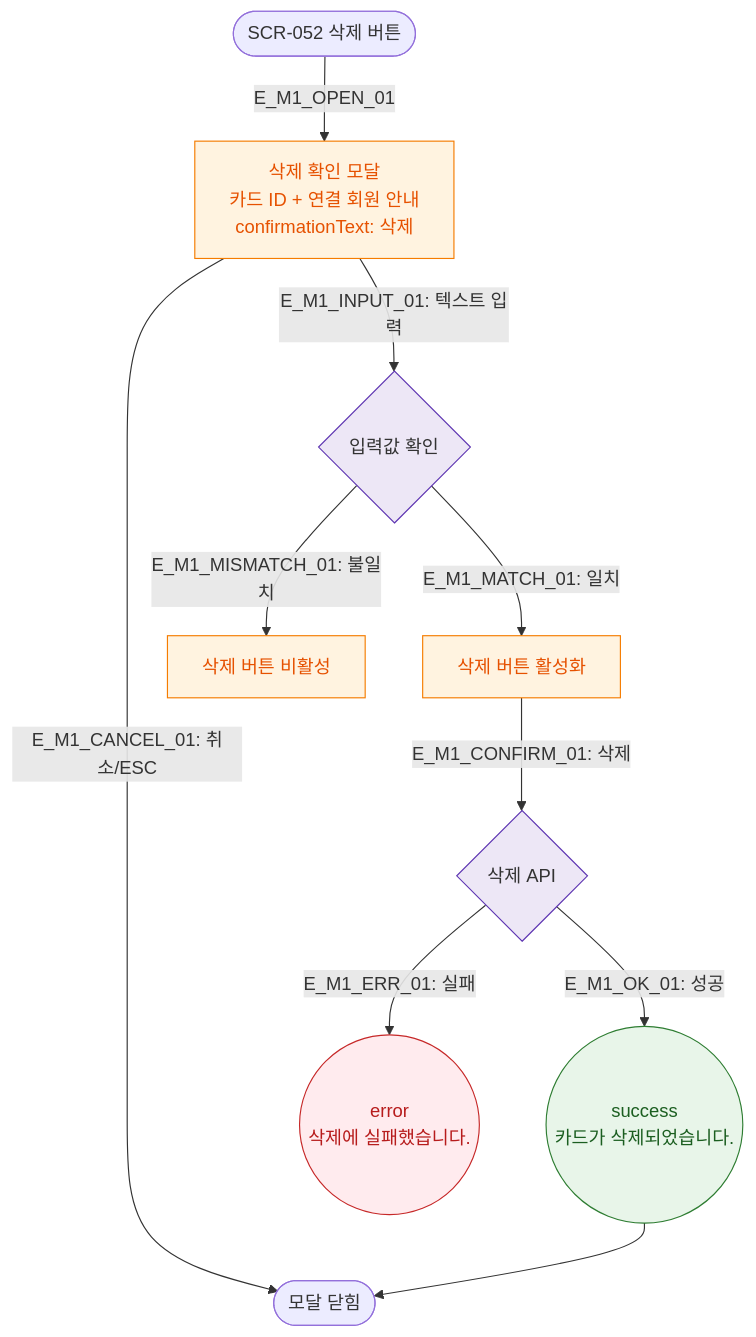
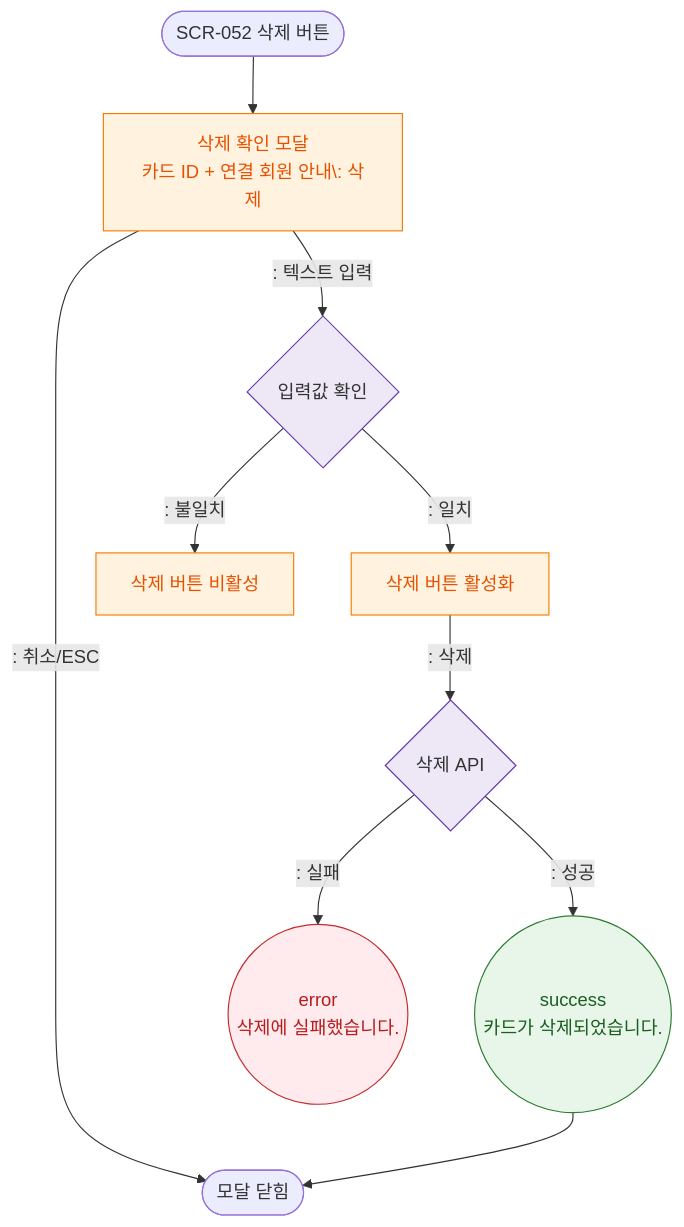
Before and after one commit to dev-spogym/admin-pando: the diagram in docs/다이어그램/D06_시설관리/DLG/DLG-052-003_RFID삭제확인/M1_생명주기.md, drawn with Mermaid. The commit also changed other lines of this file and 1660 other files, not shown here.

First line of the commit message:
다이어그램: 기획자/클라이언트 납품본으로 정리

````diff
--- a/docs/다이어그램/D06_시설관리/DLG/DLG-052-003_RFID삭제확인/M1_생명주기.md
+++ b/docs/다이어그램/D06_시설관리/DLG/DLG-052-003_RFID삭제확인/M1_생명주기.md
@@ -16,21 +14,21 @@
 ```mermaid
 flowchart TD
-    TRIGGER([SCR-052 삭제 버튼]) -->|E_M1_OPEN_01| OPEN[삭제 확인 모달\n카드 ID + 연결 회원 안내\nconfirmationText: 삭제]
-    OPEN -->|"E_M1_INPUT_01: 텍스트 입력"| InputCheck{입력값 확인}
-    InputCheck -->|"E_M1_MATCH_01: 일치"| EnableBtn[삭제 버튼 활성화]
-    InputCheck -->|"E_M1_MISMATCH_01: 불일치"| DisableBtn[삭제 버튼 비활성]
-    EnableBtn -->|"E_M1_CONFIRM_01: 삭제"| DeleteAPI{삭제 API}
-    DeleteAPI -->|"E_M1_OK_01: 성공"| SUCCESS((success\n카드가 삭제되었습니다.))
-    DeleteAPI -->|"E_M1_ERR_01: 실패"| FAIL((error\n삭제에 실패했습니다.))
-    OPEN -->|"E_M1_CANCEL_01: 취소/ESC"| CLOSED([모달 닫힘])
+    TRIGGER([SCR-052 삭제 버튼]) --> OPEN[삭제 확인 모달\n카드 ID + 연결 회원 안내\: 삭제]
+    OPEN -->|": 텍스트 입력"|InputCheck{입력값 확인}
+    InputCheck -->|": 일치"|EnableBtn[삭제 버튼 활성화]
+    InputCheck -->|": 불일치"|DisableBtn[삭제 버튼 비활성]
+    EnableBtn -->|": 삭제"|DeleteAPI{삭제 API}
+    DeleteAPI -->|": 성공"|SUCCESS((success\n카드가 삭제되었습니다.))
+    DeleteAPI -->|": 실패"|FAIL((error\n삭제에 실패했습니다.))
+    OPEN -->|": 취소/ESC"|CLOSED([모달 닫힘])
     SUCCESS --> CLOSED
 
     classDef modal fill:#FFF3E0,stroke:#F57C00,color:#E65100
     classDef success fill:#E8F5E9,stroke:#2E7D32,color:#1B5E20
     classDef error fill:#FFEBEE,stroke:#C62828,color:#B71C1C
     classDef system fill:#EDE7F6,stroke:#5E35B2
     class OPEN,EnableBtn,DisableBtn modal
     class SUCCESS success
     class FAIL error
     class InputCheck,DeleteAPI system
 ```
````
